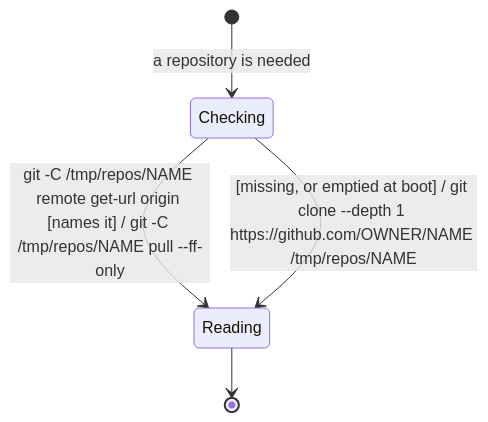
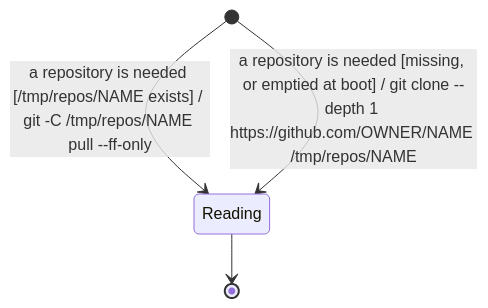
The diagram in .claude/skills/environment/references/repos.md (MP281X/deslop), drawn with Mermaid before and after one commit. The commit also changed 6 other files, not shown here.

Commit message:
Prompts keep only every-turn rules; the orchestrator owns the repository process; delegates share the main thread's checkout and never commit; skill descriptions become triggers

````diff
--- a/.claude/skills/environment/references/repos.md
+++ b/.claude/skills/environment/references/repos.md
@@ -27,7 +27,6 @@
 ```mermaid
 stateDiagram-v2
-    [*] --> Checking : a repository is needed
-    Checking --> Reading : git -C /tmp/repos/NAME remote get-url origin [names it] / git -C /tmp/repos/NAME pull --ff-only
-    Checking --> Reading : [missing, or emptied at boot] / git clone --depth 1 https://github.com/OWNER/NAME /tmp/repos/NAME
+    [*] --> Reading : a repository is needed [/tmp/repos/NAME exists] / git -C /tmp/repos/NAME pull --ff-only
+    [*] --> Reading : a repository is needed [missing, or emptied at boot] / git clone --depth 1 https://github.com/OWNER/NAME /tmp/repos/NAME
     Reading --> [*]
 ```
````
